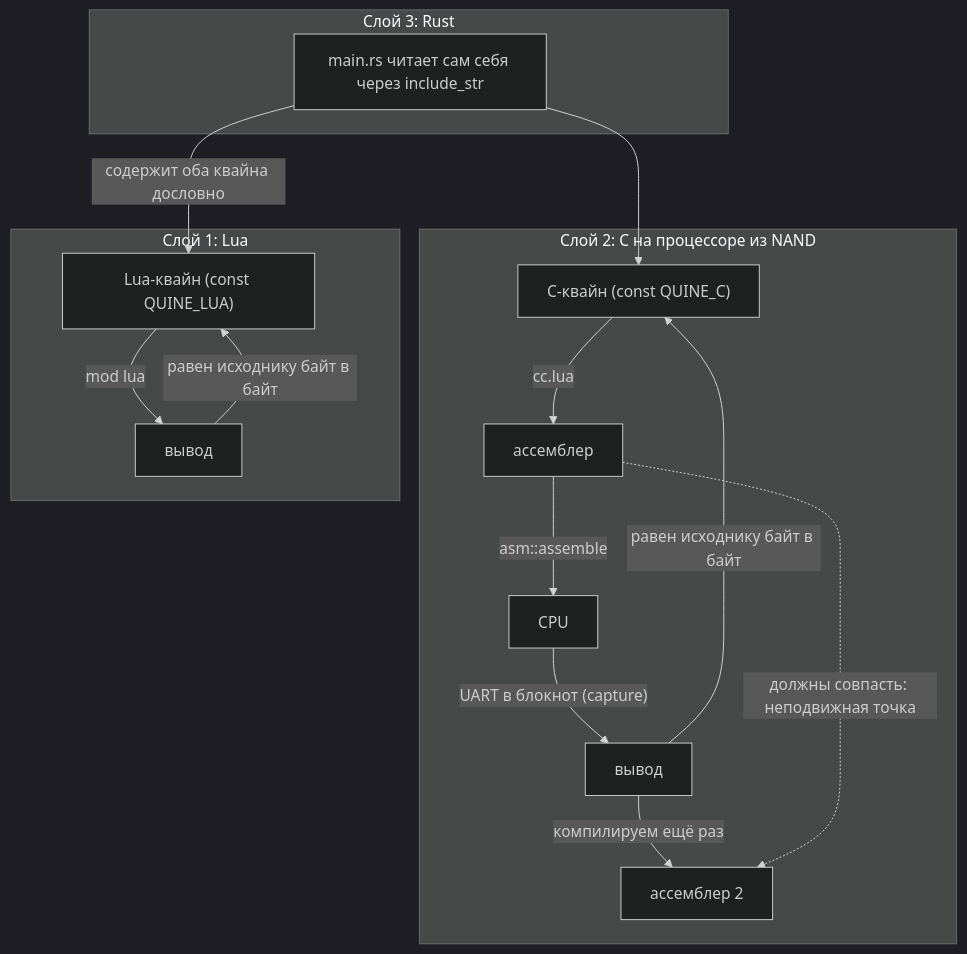
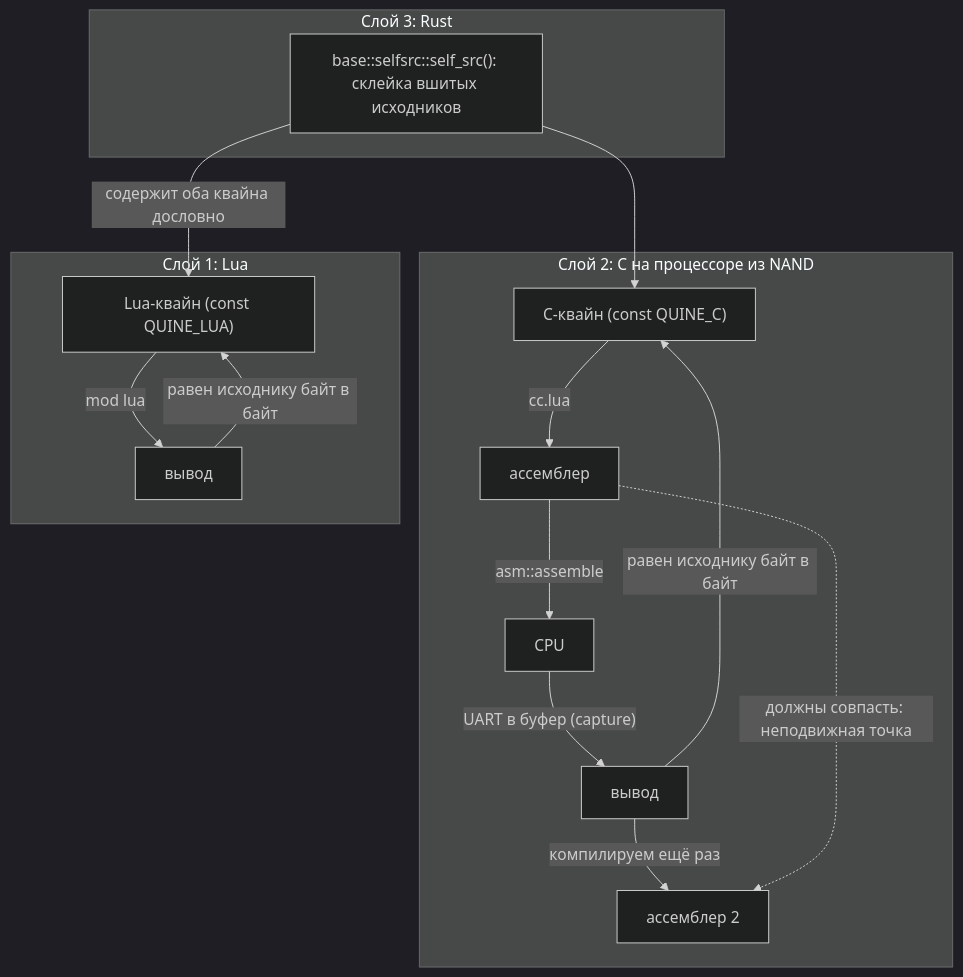
One commit to loki5512344ss/SummumOS changed diagram 19 of 40 in чертежи.md. Above: the diagram before and after it, drawn with Mermaid (dark theme). The commit also changed other lines of this file and 40 other files, not shown here.

````diff
--- a/чертежи.md
+++ b/чертежи.md
@@ -473,20 +478,20 @@
 ```mermaid
 graph TB
     subgraph L3["Слой 3: Rust"]
-        self["main.rs читает сам себя через include_str"]
+        self["base::selfsrc::self_src(): склейка вшитых исходников"]
     end
     subgraph L2["Слой 2: C на процессоре из NAND"]
         cq["C-квайн (const QUINE_C)"] -->|"cc.lua"| asm["ассемблер"]
         asm -->|"asm::assemble"| cpu["CPU"]
-        cpu -->|"UART в блокнот (capture)"| out2["вывод"]
+        cpu -->|"UART в буфер (capture)"| out2["вывод"]
         out2 -->|"компилируем ещё раз"| asm2["ассемблер 2"]
         asm -.->|"должны совпасть: неподвижная точка"| asm2
     end
     subgraph L1["Слой 1: Lua"]
         lq["Lua-квайн (const QUINE_LUA)"] -->|"mod lua"| out1["вывод"]
     end
     out1 -->|"равен исходнику байт в байт"| lq
     out2 -->|"равен исходнику байт в байт"| cq
     self -->|"содержит оба квайна дословно"| lq
     self --> cq
 ```
````
